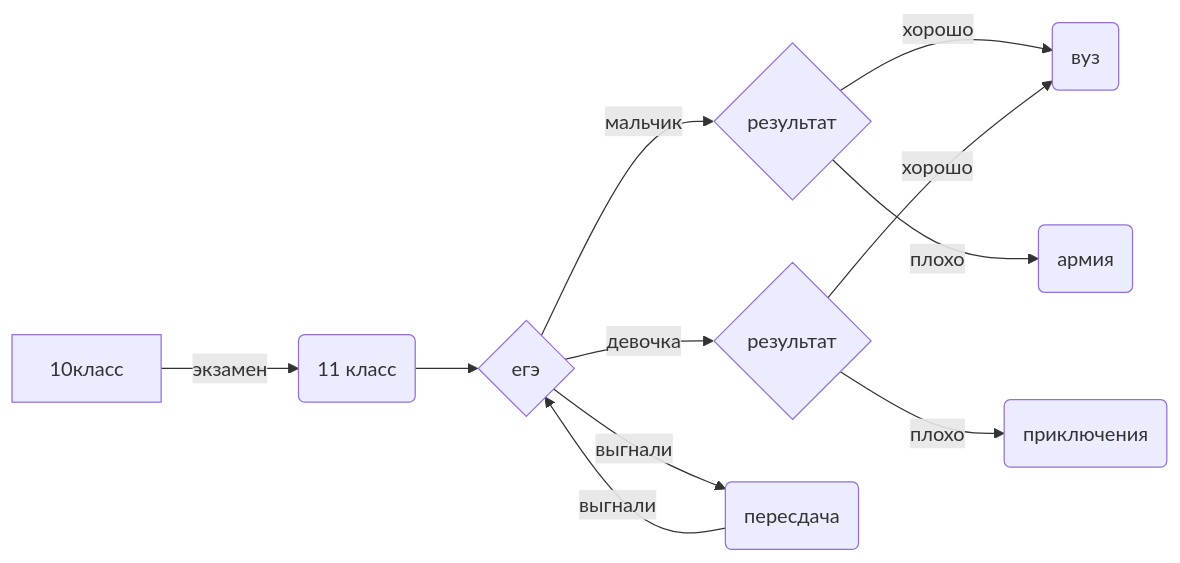
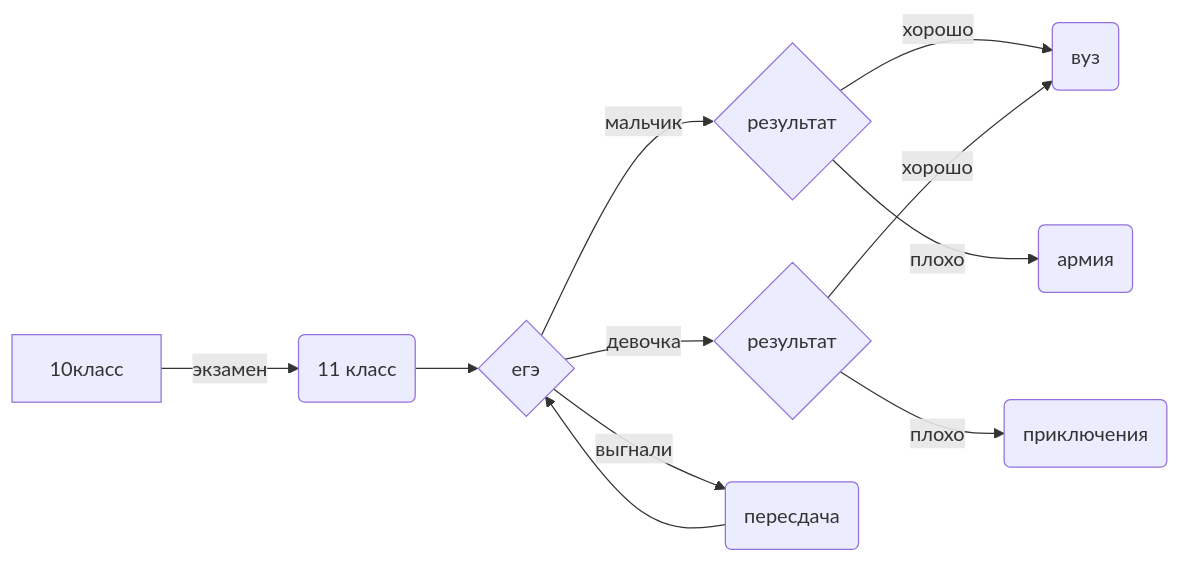
Before and after one commit to nmt132/132-NOVIKOV: the diagram in README.md, drawn with Mermaid.

````diff
--- a/README.md
+++ b/README.md
@@ -31,14 +31,14 @@
 ```mermaid
 flowchart LR
 
 A[10класс] -->|экзамен| B(11 класс)
 B --> C{егэ}
 C -->|мальчик| D{результат}
 C -->|девочка| E{результат}
 D -->|хорошо|F(вуз)
 E -->|хорошо|F(вуз)
 D -->|плохо|G(армия)
 E -->|плохо|H(приключения)
 C -->|выгнали|J(пересдача)
-J -->|выгнали|C{егэ}
+J -->| |C{егэ}
 ```
````
